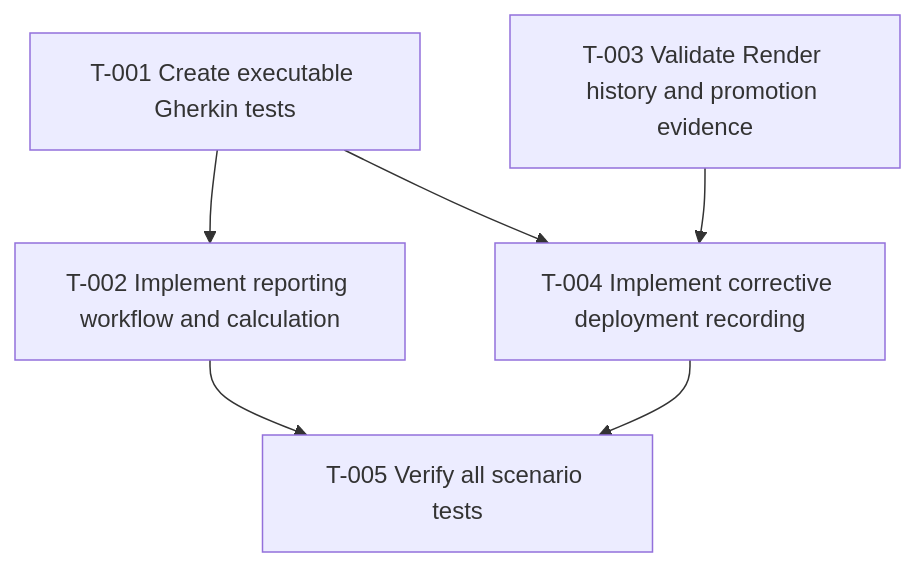
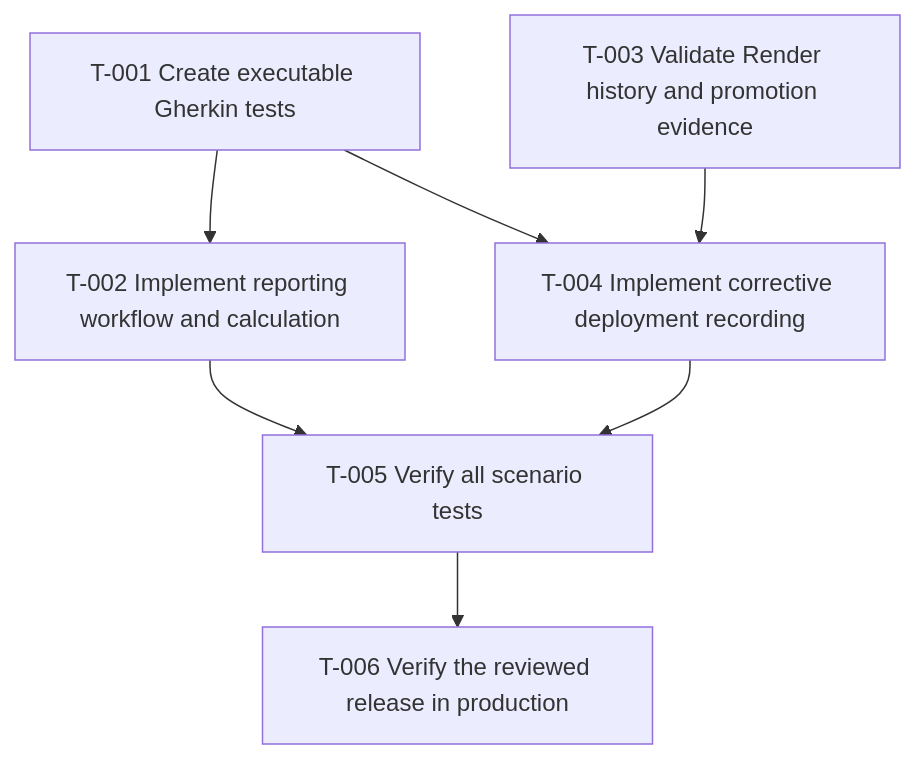
Before and after one commit to b-chua-student/theseus: the diagram in specs/devops/dora-change-failure-rate/tasks.md, drawn with Mermaid. The commit also changed other lines of this file and 2 other files, not shown here.

First line of the commit message:
docs(spec): define DORA evidence and production verification requirements

````diff
--- a/specs/devops/dora-change-failure-rate/tasks.md
+++ b/specs/devops/dora-change-failure-rate/tasks.md
@@ -5,13 +5,15 @@
 ```mermaid
 flowchart TD
     T001["T-001 Create executable Gherkin tests"]
     T002["T-002 Implement reporting workflow and calculation"]
     T003["T-003 Validate Render history and promotion evidence"]
     T004["T-004 Implement corrective deployment recording"]
     T005["T-005 Verify all scenario tests"]
+    T006["T-006 Verify the reviewed release in production"]
     T001 --> T002
     T001 --> T004
     T003 --> T004
     T002 --> T005
     T004 --> T005
+    T005 --> T006
 ```
````
